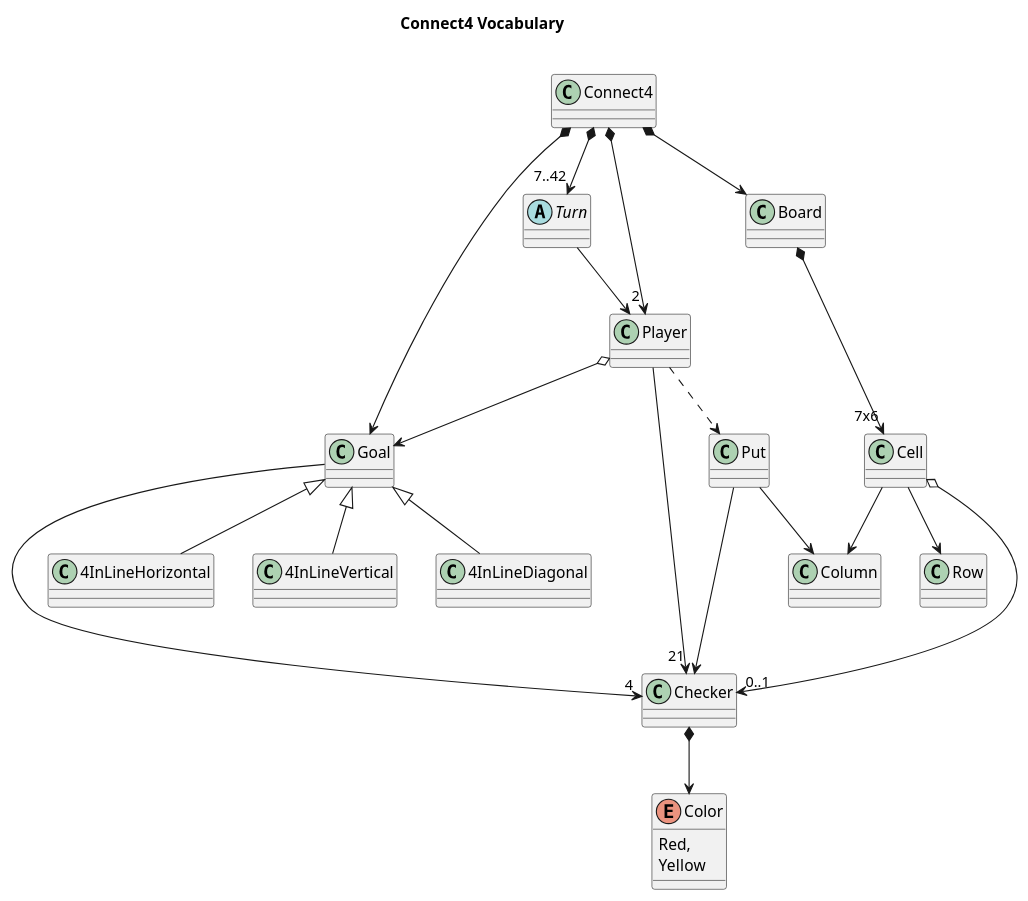
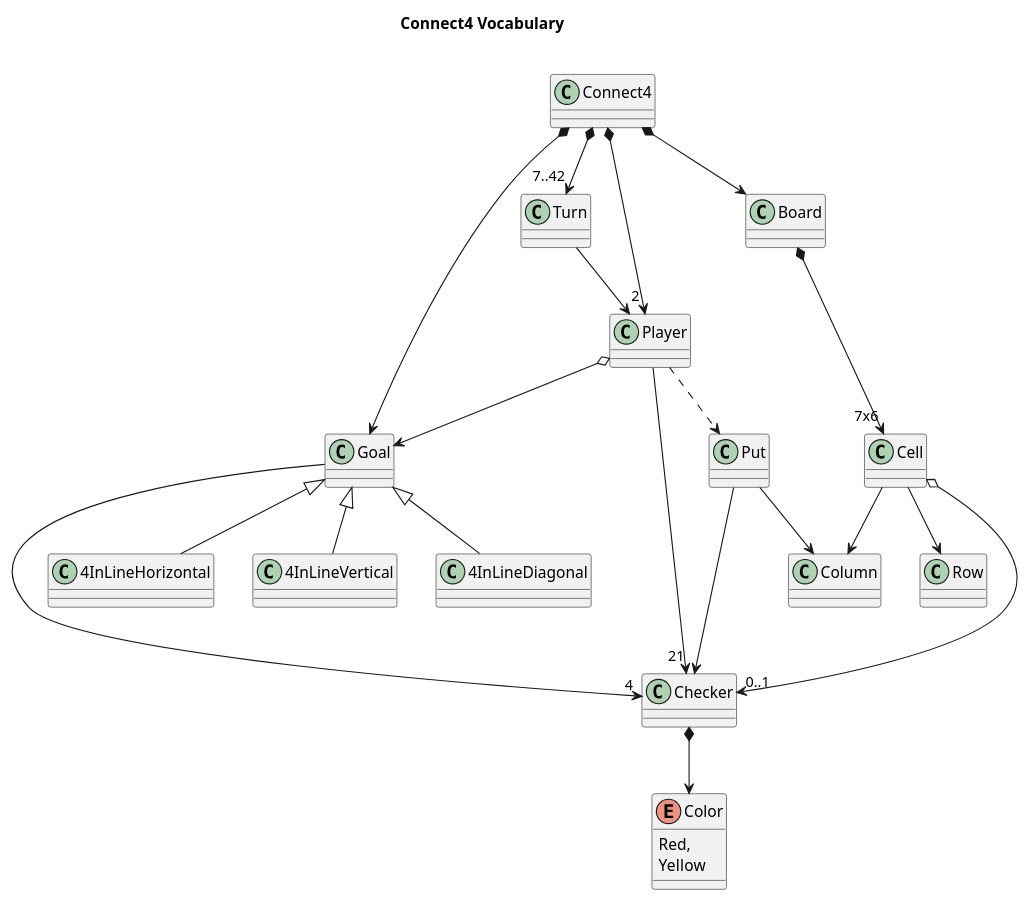
One commit to USantaTecla-ed-mpds/lab-boole changed the diagram in software/game-connect4/docs/connect4--vocabulary.puml. Above: the diagram before and after it, drawn with PlantUML. The commit also changed 1 other file, not shown here.

Commit message:
Connect4: Fix type of class of Turn

```diff
--- a/software/game-connect4/docs/connect4--vocabulary.puml
+++ b/software/game-connect4/docs/connect4--vocabulary.puml
@@ -1,50 +1,50 @@
 @startuml connect4--vocabulary
 
 
 title Connect4 Vocabulary \n
 
 class Connect4
-abstract Turn
+class Turn
 class Player
 class Board
 class Cell
 class Checker
 enum Color {
     Red,
     Yellow
 }
 class Put
 class Goal
 
 class 4InLineHorizontal
 class 4InLineVertical
 class 4InLineDiagonal
 
 Connect4 *-d-> "2 " Player
 Connect4 *--> "7..42" Turn
 Connect4 *--> Board
 Connect4 *--> Goal
 
 Turn --> Player
 Player --> "21" Checker
 Player o--> Goal
 Player ..> Put
 
 Board *---> "7x6" Cell
 Cell o--> "0..1  " Checker
 
 Cell --> Column
 Cell --> Row
 
 Checker *-d-> Color
 Put --> Checker
 Put --> Column
 
 Goal ---> "4" Checker
 Goal <|-down- 4InLineHorizontal
 Goal <|-down- 4InLineVertical
 Goal <|-down- 4InLineDiagonal
 
 
 
 @enduml
```
